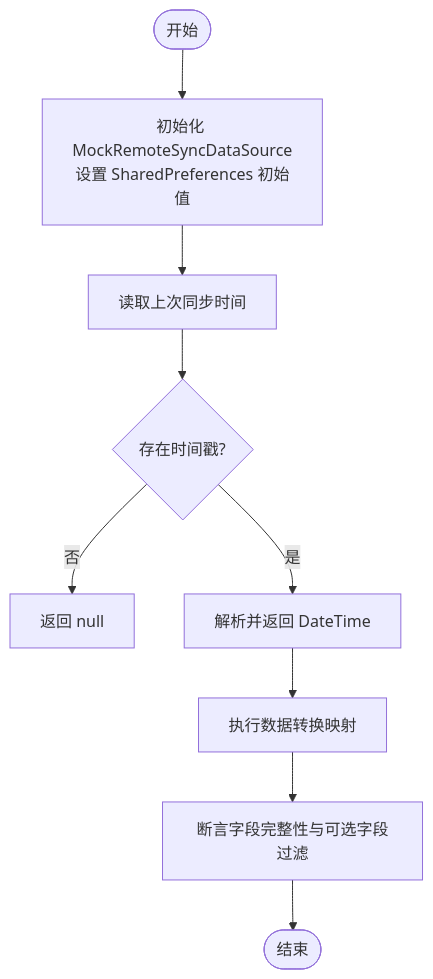
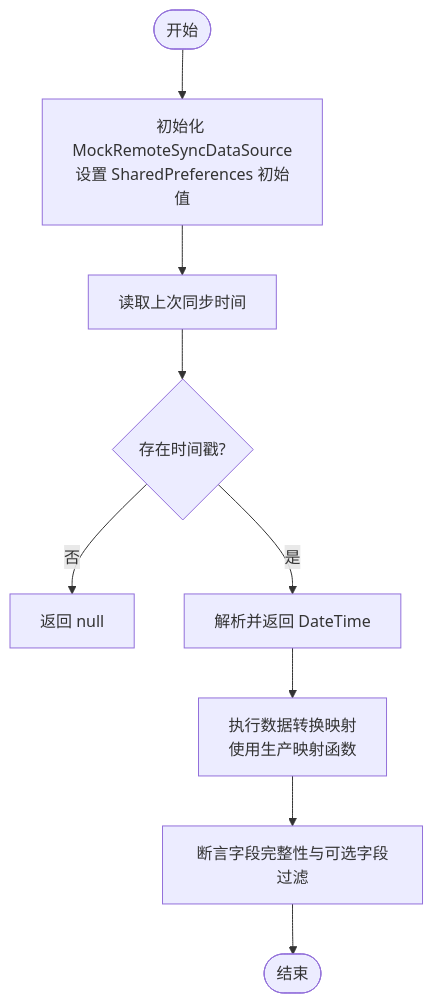
Before and after one commit to ZTfer/Tinycast: the fourth of 12 diagrams in .qoder/repowiki/zh/content/开发指南/测试策略.md, drawn with Mermaid. The commit also changed other lines of this file and 4 other files, not shown here.

````diff
--- a/.qoder/repowiki/zh/content/开发指南/测试策略.md
+++ b/.qoder/repowiki/zh/content/开发指南/测试策略.md
@@ -173,11 +175,11 @@
 ```mermaid
 flowchart TD
 Start(["开始"]) --> Init["初始化 MockRemoteSyncDataSource<br/>设置 SharedPreferences 初始值"]
 Init --> ReadTime["读取上次同步时间"]
 ReadTime --> TimeExists{"存在时间戳?"}
 TimeExists -- 否 --> ReturnNull["返回 null"]
 TimeExists -- 是 --> ParseTime["解析并返回 DateTime"]
-ParseTime --> Convert["执行数据转换映射"]
+ParseTime --> Convert["执行数据转换映射<br/>使用生产映射函数"]
 Convert --> Validate["断言字段完整性与可选字段过滤"]
 Validate --> End(["结束"])
 ```
````
